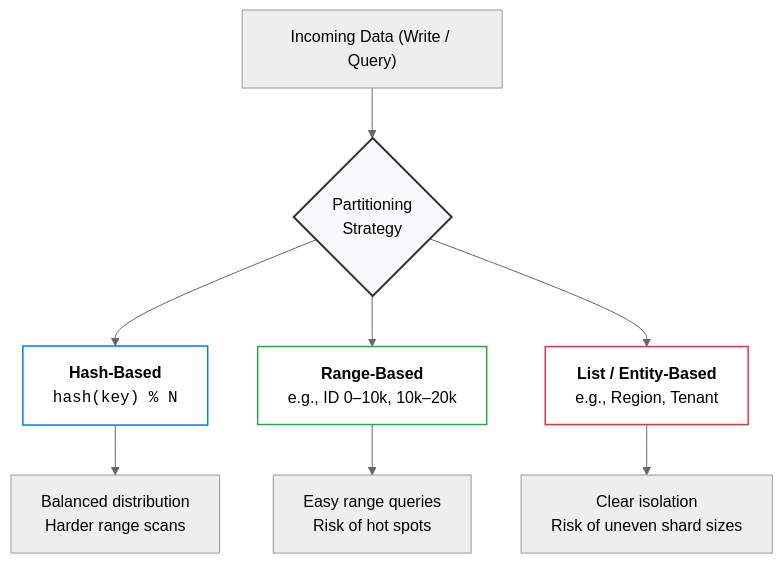
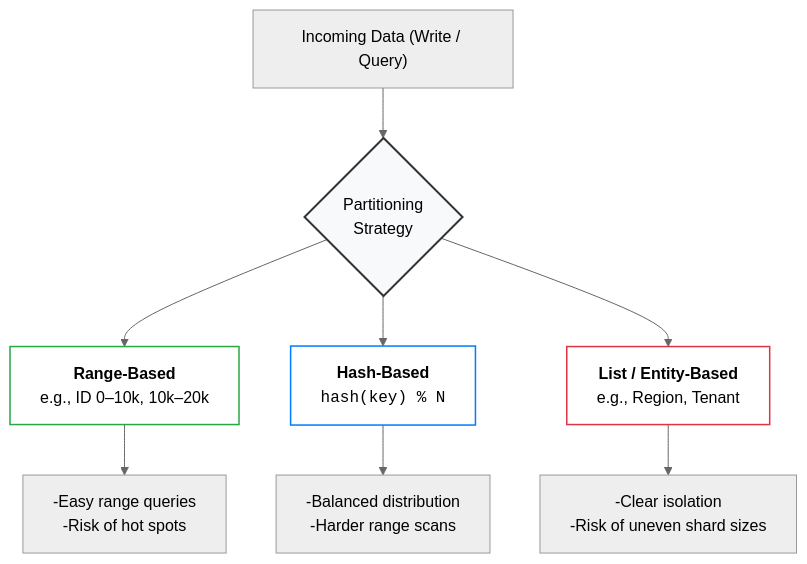
One commit to lekhrajdinkar/solution-engineer changed the fourth of 4 diagrams in docs/2022-2025/SE_02_system-design/SD_06_think-in-scale/01_02_sharding.md. Above: the diagram before and after it, drawn with Mermaid (neutral theme). The commit also changed other lines of this file and 11 other files, not shown here.

````diff
--- a/docs/2022-2025/SE_02_system-design/SD_06_think-in-scale/01_02_sharding.md
+++ b/docs/2022-2025/SE_02_system-design/SD_06_think-in-scale/01_02_sharding.md
@@ -71,17 +108,17 @@
 ```mermaid
 graph TD
     Data["Incoming Data (Write / Query)"] --> Choice{Partitioning \nStrategy}
 
+    Choice --> R["<b>Range-Based</b><br>e.g., ID 0–10k, 10k–20k"]
     Choice --> H["<b>Hash-Based</b><br><code>hash(key) % N</code>"]
-    Choice --> R["<b>Range-Based</b><br>e.g., ID 0–10k, 10k–20k"]
     Choice --> L["<b>List / Entity-Based</b><br>e.g., Region, Tenant"]
 
-    H --> S1["Balanced distribution<br>Harder range scans"]
-    R --> S2["Easy range queries<br>Risk of hot spots"]
-    L --> S3["Clear isolation<br>Risk of uneven shard sizes"]
+    H --> S1["-Balanced distribution<br> -Harder range scans"]
+    R --> S2["-Easy range queries<br> -Risk of hot spots"]
+    L --> S3["-Clear isolation<br> -Risk of uneven shard sizes"]
 
     style Choice fill:#f8f9fa,stroke:#333,stroke-width:2px
     style H fill:#ffffff,stroke:#007bff,stroke-width:1.5px
     style R fill:#ffffff,stroke:#28a745,stroke-width:1.5px
     style L fill:#ffffff,stroke:#dc3545,stroke-width:1.5px
 ```
````
